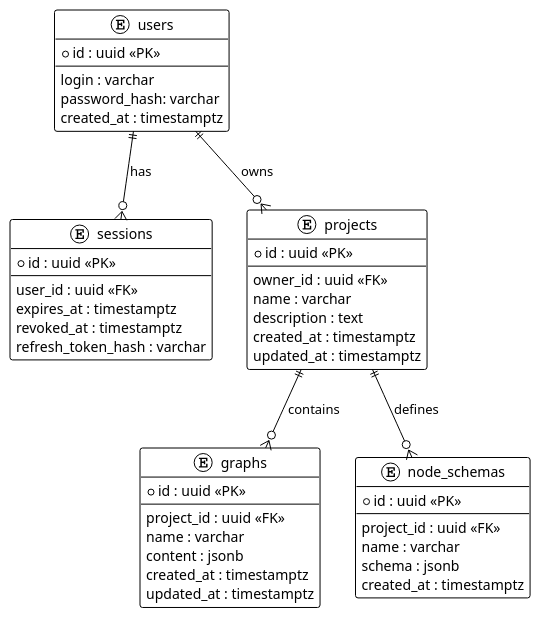
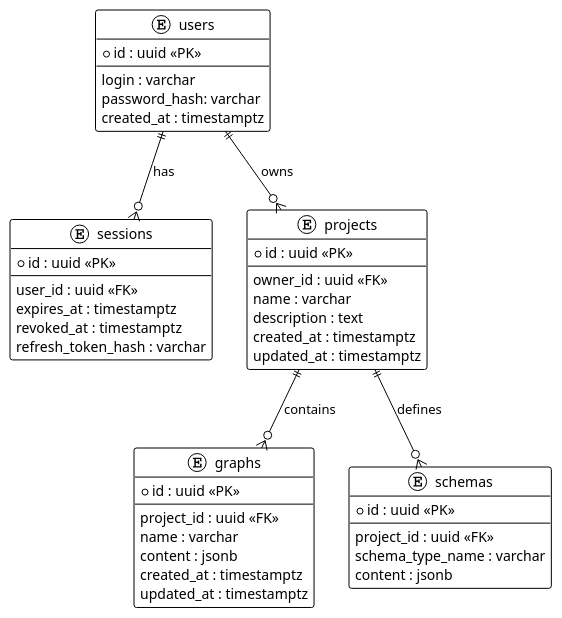
Before and after one commit to kalane15/GraphForge: the diagram in DB scheme.md, drawn with PlantUML. The commit also changed 23 other files, not shown here.

Commit message:
add schemas page + get list of schemas

```diff
--- a/DB scheme.md
+++ b/DB scheme.md
@@ -1,62 +1,61 @@
 @startuml
 !theme plain
 
 hide methods
 hide stereotypes
 
 entity "sessions" as sessions{
     * id : uuid <<PK>>
     --
     user_id : uuid <<FK>>
     expires_at : timestamptz
 	revoked_at : timestamptz
 	refresh_token_hash : varchar
 }
 
 entity "users" as users {
     * id : uuid <<PK>>
     --
     login : varchar
 	password_hash: varchar
     created_at : timestamptz
 }
 
 entity "projects" as projects {
     * id : uuid <<PK>>
     --
     owner_id : uuid <<FK>>
     name : varchar
     description : text
     created_at : timestamptz
     updated_at : timestamptz
 }
 
 entity "graphs" as graphs {
     * id : uuid <<PK>>
     --
     project_id : uuid <<FK>>
     name : varchar
     content : jsonb
     created_at : timestamptz
     updated_at : timestamptz
 }
 
-entity "node_schemas" as schemas {
+entity "schemas" as schemas {
     * id : uuid <<PK>>
     --
     project_id : uuid <<FK>>
-    name : varchar
-    schema : jsonb
-    created_at : timestamptz
+    schema_type_name : varchar
+    content : jsonb
 }
 
 users ||--o{ projects : owns
 
 users ||--o{ sessions : has
 
 projects ||--o{ graphs : contains
 
 projects ||--o{ schemas : defines
 
 
 @enduml
```
